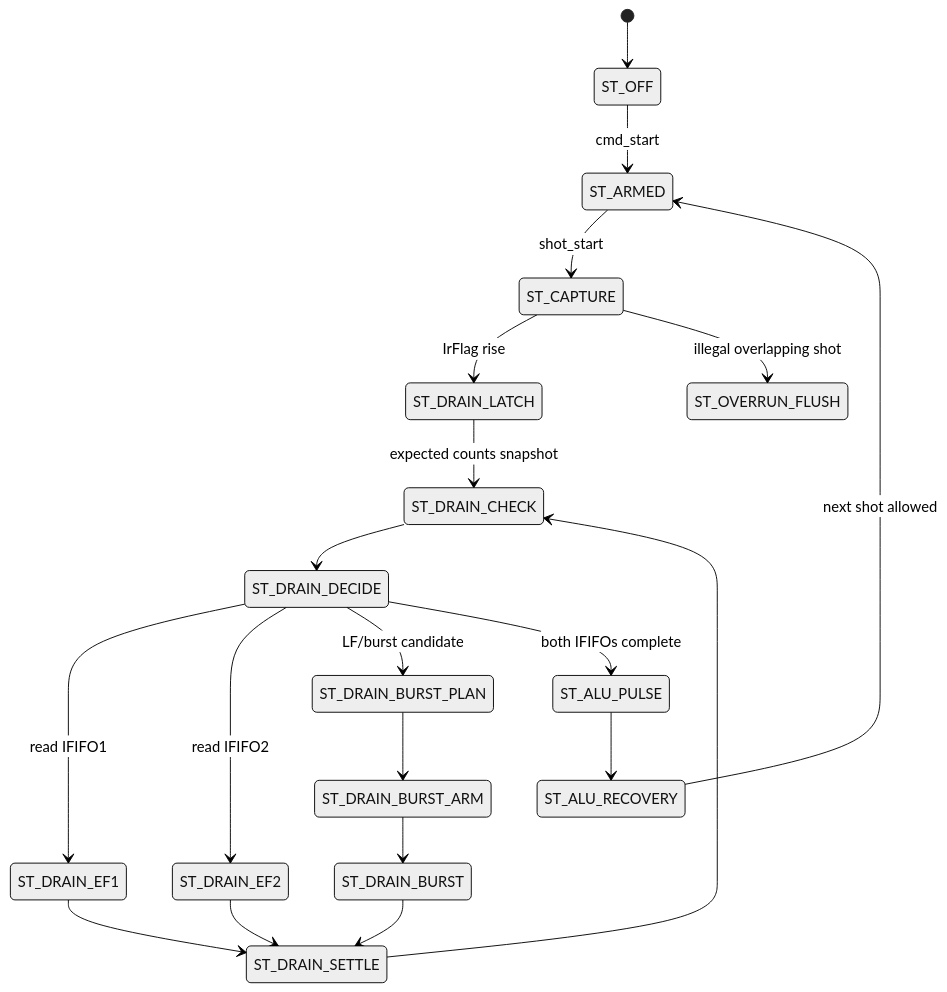
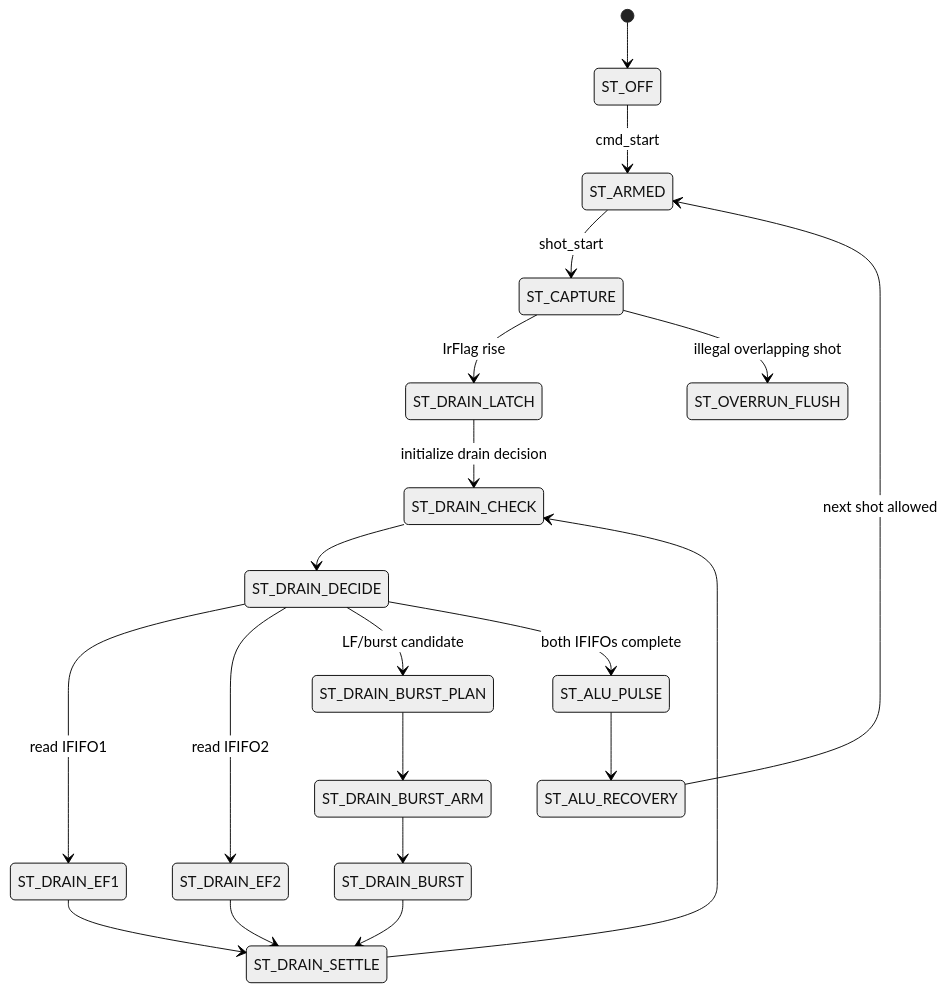
Before and after one commit to haneulia/tdc_gpx_ctrl: the tenth of 15 diagrams in Doc/tdc_gpx_top_신호처리_상세_사용_설명서.md, drawn with Mermaid (neutral theme). The commit also changed other lines of this file and 2 other files, not shown here.

````diff
--- a/Doc/tdc_gpx_top_신호처리_상세_사용_설명서.md
+++ b/Doc/tdc_gpx_top_신호처리_상세_사용_설명서.md
@@ -902,22 +870,22 @@
 ```mermaid
 stateDiagram-v2
     [*] --> ST_OFF
     ST_OFF --> ST_ARMED: cmd_start
     ST_ARMED --> ST_CAPTURE: shot_start
     ST_CAPTURE --> ST_DRAIN_LATCH: IrFlag rise
-    ST_DRAIN_LATCH --> ST_DRAIN_CHECK: expected counts snapshot
+    ST_DRAIN_LATCH --> ST_DRAIN_CHECK: initialize drain decision
     ST_DRAIN_CHECK --> ST_DRAIN_DECIDE
     ST_DRAIN_DECIDE --> ST_DRAIN_EF1: read IFIFO1
     ST_DRAIN_DECIDE --> ST_DRAIN_EF2: read IFIFO2
     ST_DRAIN_DECIDE --> ST_DRAIN_BURST_PLAN: LF/burst candidate
     ST_DRAIN_BURST_PLAN --> ST_DRAIN_BURST_ARM
     ST_DRAIN_BURST_ARM --> ST_DRAIN_BURST
     ST_DRAIN_EF1 --> ST_DRAIN_SETTLE
     ST_DRAIN_EF2 --> ST_DRAIN_SETTLE
     ST_DRAIN_BURST --> ST_DRAIN_SETTLE
     ST_DRAIN_SETTLE --> ST_DRAIN_CHECK
     ST_DRAIN_DECIDE --> ST_ALU_PULSE: both IFIFOs complete
     ST_ALU_PULSE --> ST_ALU_RECOVERY
     ST_ALU_RECOVERY --> ST_ARMED: next shot allowed
     ST_CAPTURE --> ST_OVERRUN_FLUSH: illegal overlapping shot
 ```
````
